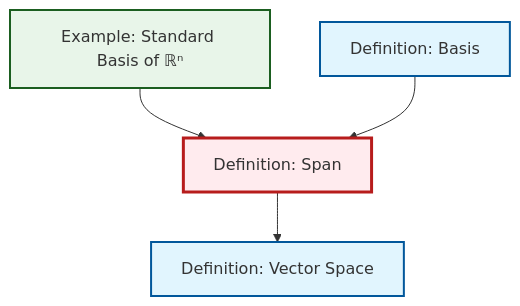
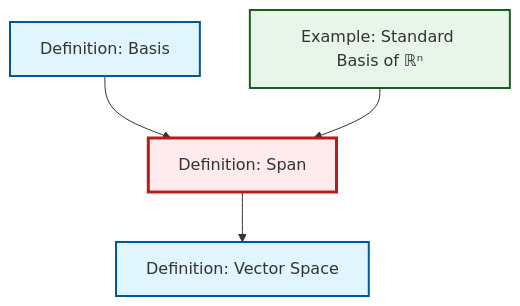
One commit to RK0429/ModernMath changed the diagram in content/en/algebra/def-span.qmd. Above: the diagram before and after it, drawn with Mermaid. The commit also changed other lines of this file and 581 other files, not shown here.

````diff
--- a/content/en/algebra/def-span.qmd
+++ b/content/en/algebra/def-span.qmd
@@ -47,20 +47,20 @@
 ```{mermaid}
 %%| fig-cap: "Local dependency graph"
 graph TD
     classDef definition fill:#e1f5fe,stroke:#01579b,stroke-width:2px
     classDef theorem fill:#f3e5f5,stroke:#4a148c,stroke-width:2px
     classDef axiom fill:#fff3e0,stroke:#e65100,stroke-width:2px
     classDef example fill:#e8f5e9,stroke:#1b5e20,stroke-width:2px
     classDef current fill:#ffebee,stroke:#b71c1c,stroke-width:3px
+    def-vector-space["Definition: Vector Space"]:::definition
+    def-span["Definition: Span"]:::definition
     ex-standard-basis-rn["Example: Standard Basis of ℝⁿ"]:::example
-    def-vector-space["Definition: Vector Space"]:::definition
     def-basis["Definition: Basis"]:::definition
-    def-span["Definition: Span"]:::definition
     def-span --> def-vector-space
+    def-basis --> def-span
     ex-standard-basis-rn --> def-span
-    def-basis --> def-span
     class def-span current
+    click def-vector-space "def-vector-space.html" "Go to Vector Space definition"
     click ex-standard-basis-rn "ex-standard-basis-rn.html" "Go to Standard Basis of ℝⁿ example"
-    click def-vector-space "def-vector-space.html" "Go to Vector Space definition"
     click def-basis "def-basis.html" "Go to Basis definition"
 ```
````
